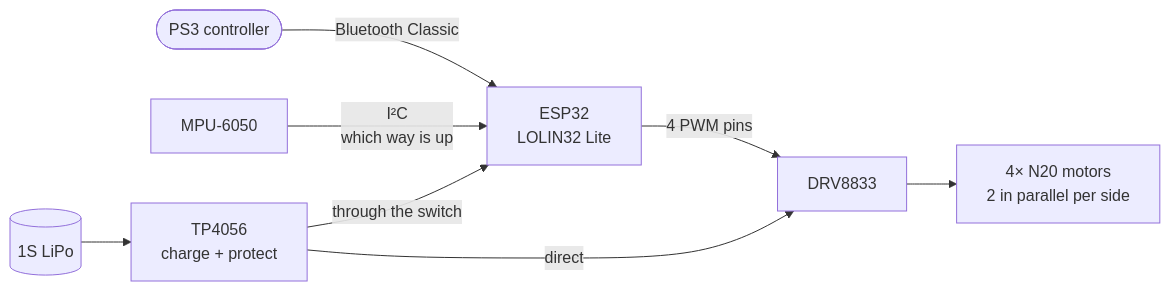
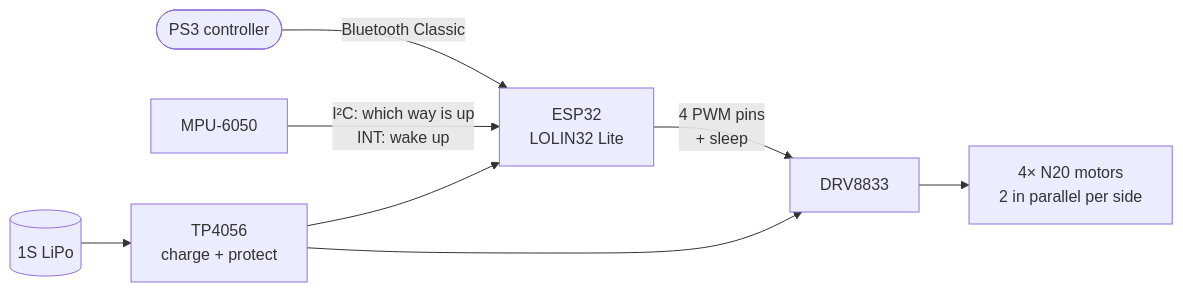
The first of 2 diagrams in README.md (wouterds/minibot), drawn with Mermaid before and after one commit. The commit also changed other lines of this file and 3 other files, not shown here.

````diff
--- a/README.md
+++ b/README.md
@@ -28,10 +28,10 @@
 ```mermaid
 flowchart LR
     PS3([PS3 controller]) -->|Bluetooth Classic| ESP[ESP32<br/>LOLIN32 Lite]
-    IMU[MPU-6050] -->|I²C<br/>which way is up| ESP
-    ESP -->|4 PWM pins| DRV[DRV8833]
+    IMU[MPU-6050] -->|I²C: which way is up<br/>INT: wake up| ESP
+    ESP -->|4 PWM pins<br/>+ sleep| DRV[DRV8833]
     DRV --> MOT[4× N20 motors<br/>2 in parallel per side]
     BAT[(1S LiPo)] --> TP[TP4056<br/>charge + protect]
-    TP -->|through the switch| ESP
-    TP -->|direct| DRV
+    TP --> ESP
+    TP --> DRV
 ```
````
